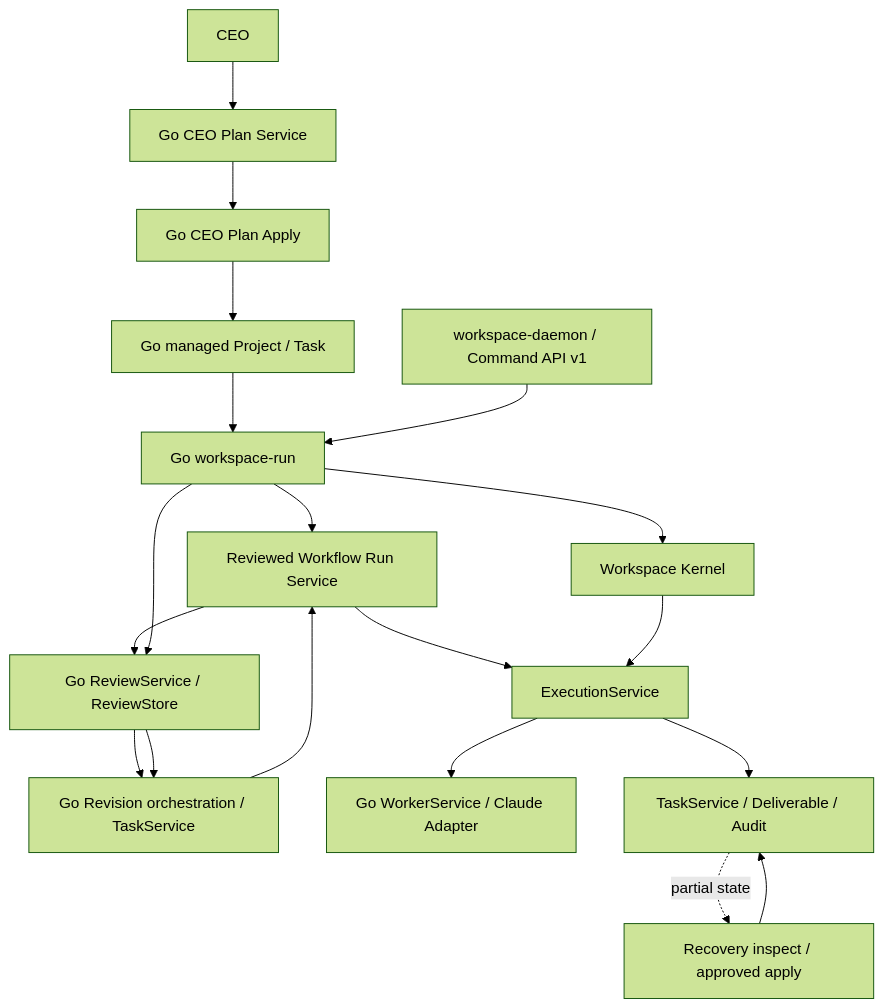
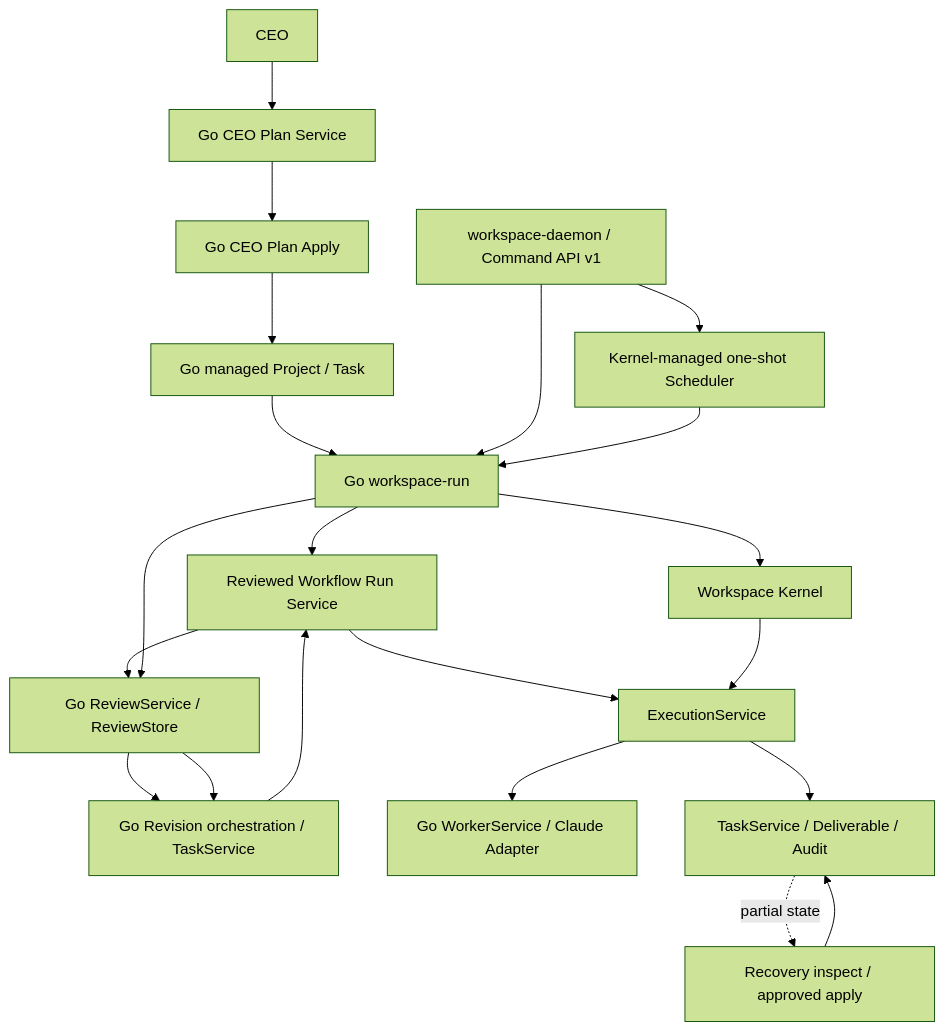
One commit to AkiraShimizu0/WorkCairn changed the diagram in docs/Architecture.md. Above: the diagram before and after it, drawn with Mermaid (forest theme). The commit also changed other lines of this file and 29 other files, not shown here.

Commit message:
feat: add one-shot command scheduler

````diff
--- a/docs/Architecture.md
+++ b/docs/Architecture.md
@@ -9,21 +9,23 @@
 ```mermaid
 flowchart TD
     CEO["CEO"] --> Plan["Go CEO Plan Service"]
     Plan --> Apply["Go CEO Plan Apply"]
     Apply --> Workflow["Go managed Project / Task"]
     Workflow --> Run["Go workspace-run"]
     API["workspace-daemon / Command API v1"] --> Run
+    API --> Scheduler["Kernel-managed one-shot Scheduler"]
+    Scheduler --> Run
     Run --> WorkflowRun["Reviewed Workflow Run Service"]
     WorkflowRun --> Execution
     WorkflowRun --> Review
     Review --> Revision
     Revision --> WorkflowRun
     Run --> Kernel["Workspace Kernel"]
     Kernel --> Execution["ExecutionService"]
     Execution --> GoWorker["Go WorkerService / Claude Adapter"]
     Execution --> Task["TaskService / Deliverable / Audit"]
     Task -. partial state .-> Recovery["Recovery inspect / approved apply"]
     Recovery --> Task
     Run --> Review["Go ReviewService / ReviewStore"]
     Review --> Revision["Go Revision orchestration / TaskService"]
 ```
````
